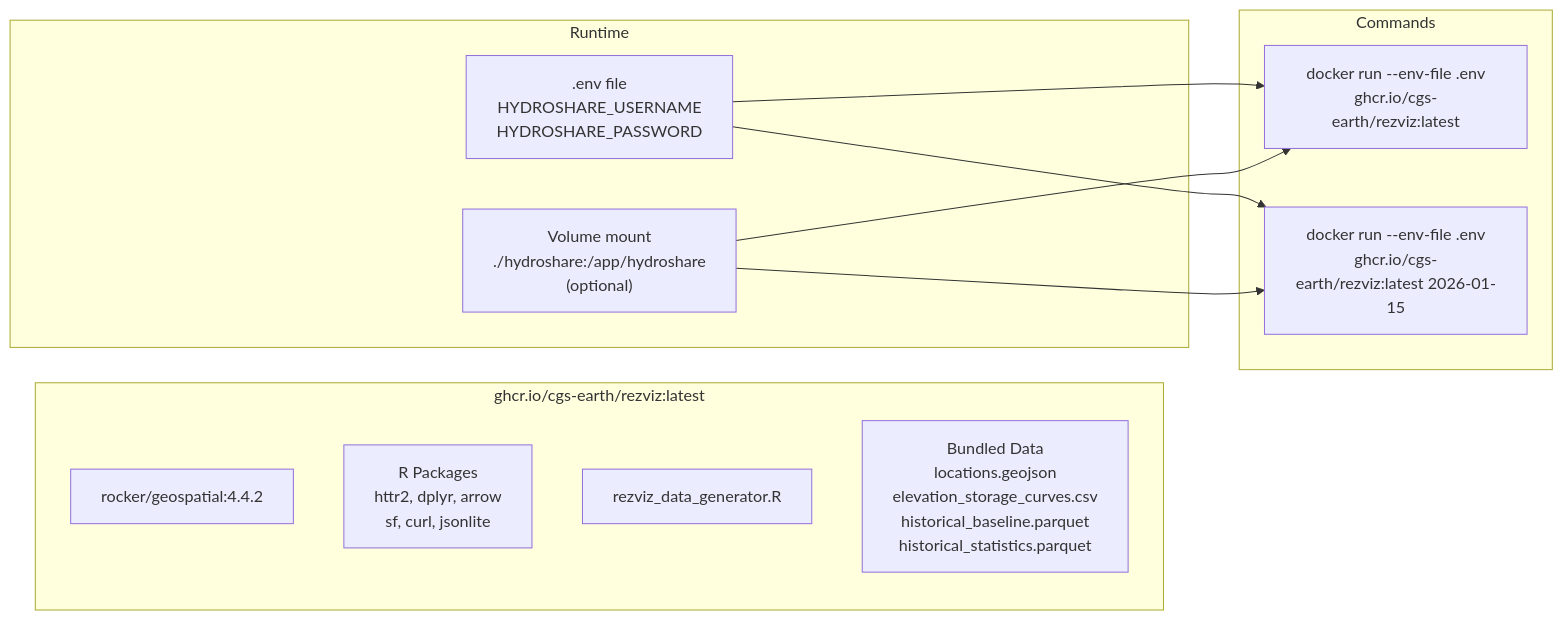
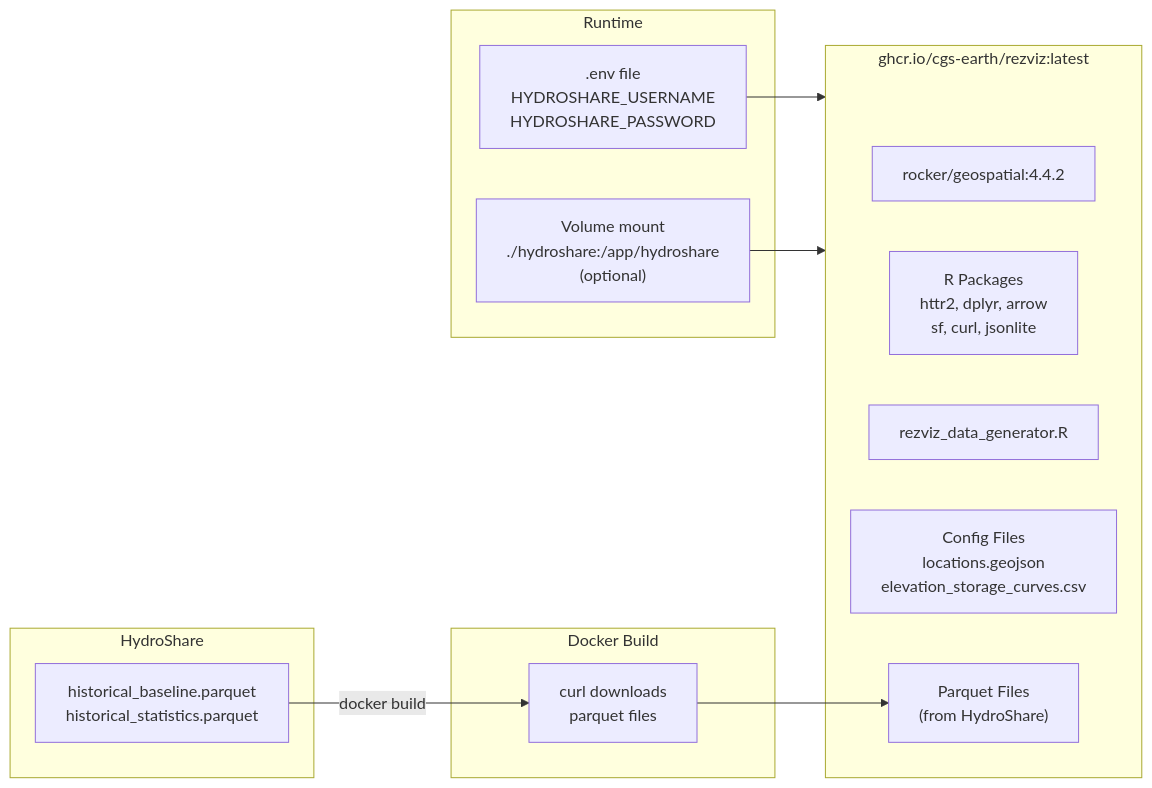
One commit to cgs-earth/teacup-generator changed the second of 6 diagrams in R-workflow/architecture-diagram.md. Above: the diagram before and after it, drawn with Mermaid. The commit also changed other lines of this file and 4 other files, not shown here.

Commit message:
update docker build to download hisrtoical parquet from hydroshare

````diff
--- a/R-workflow/architecture-diagram.md
+++ b/R-workflow/architecture-diagram.md
@@ -74,24 +74,28 @@
 ```mermaid
 flowchart LR
+    subgraph hydroshare["HydroShare"]
+        HS_PARQUET["historical_baseline.parquet<br/>historical_statistics.parquet"]
+    end
+
+    subgraph build["Docker Build"]
+        DOWNLOAD["curl downloads<br/>parquet files"]
+    end
+
     subgraph image["ghcr.io/cgs-earth/rezviz:latest"]
         BASE["rocker/geospatial:4.4.2"]
         PKGS["R Packages<br/>httr2, dplyr, arrow<br/>sf, curl, jsonlite"]
         SCRIPT["rezviz_data_generator.R"]
-        BUNDLED["Bundled Data<br/>locations.geojson<br/>elevation_storage_curves.csv<br/>historical_baseline.parquet<br/>historical_statistics.parquet"]
+        CONFIG["Config Files<br/>locations.geojson<br/>elevation_storage_curves.csv"]
+        PARQUET["Parquet Files<br/>(from HydroShare)"]
     end
 
     subgraph runtime["Runtime"]
         ENV[".env file<br/>HYDROSHARE_USERNAME<br/>HYDROSHARE_PASSWORD"]
         VOLUME["Volume mount<br/>./hydroshare:/app/hydroshare<br/>(optional)"]
     end
 
-    subgraph cmd["Commands"]
-        RUN1["docker run --env-file .env<br/>ghcr.io/cgs-earth/rezviz:latest"]
-        RUN2["docker run --env-file .env<br/>ghcr.io/cgs-earth/rezviz:latest 2026-01-15"]
-    end
-
-    ENV --> RUN1
-    ENV --> RUN2
-    VOLUME --> RUN1
-    VOLUME --> RUN2
+    HS_PARQUET -->|docker build| DOWNLOAD
+    DOWNLOAD --> PARQUET
+    ENV --> image
+    VOLUME --> image
 ```
````
